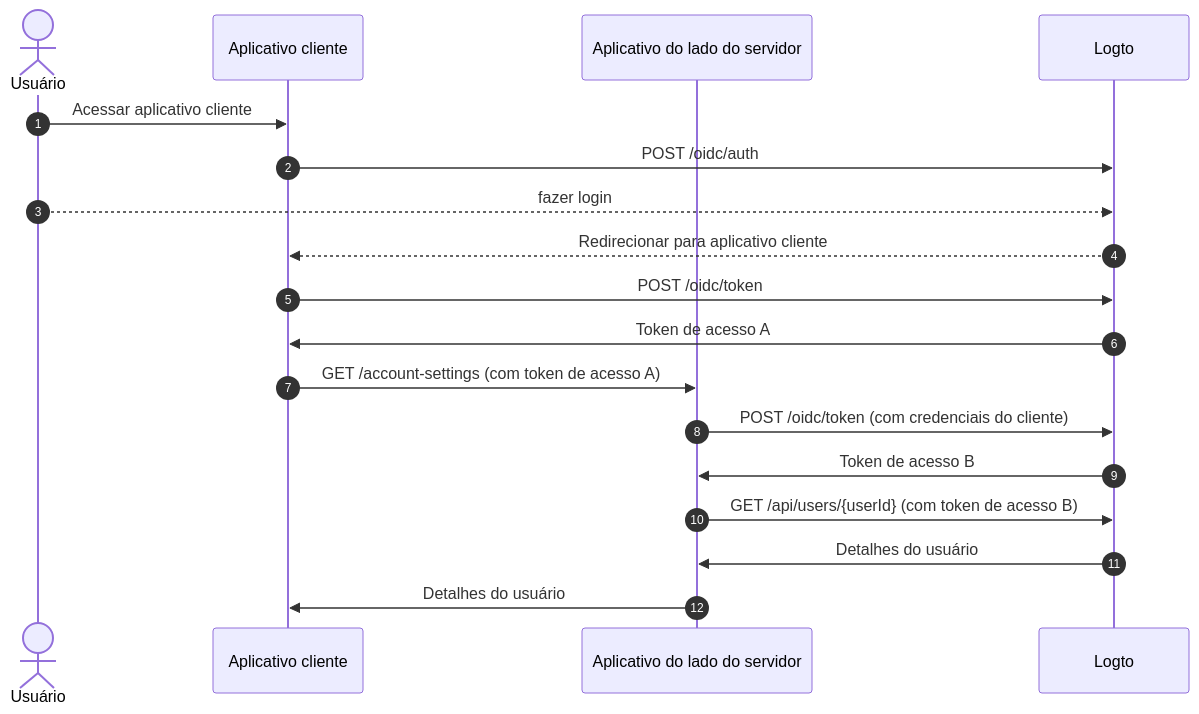
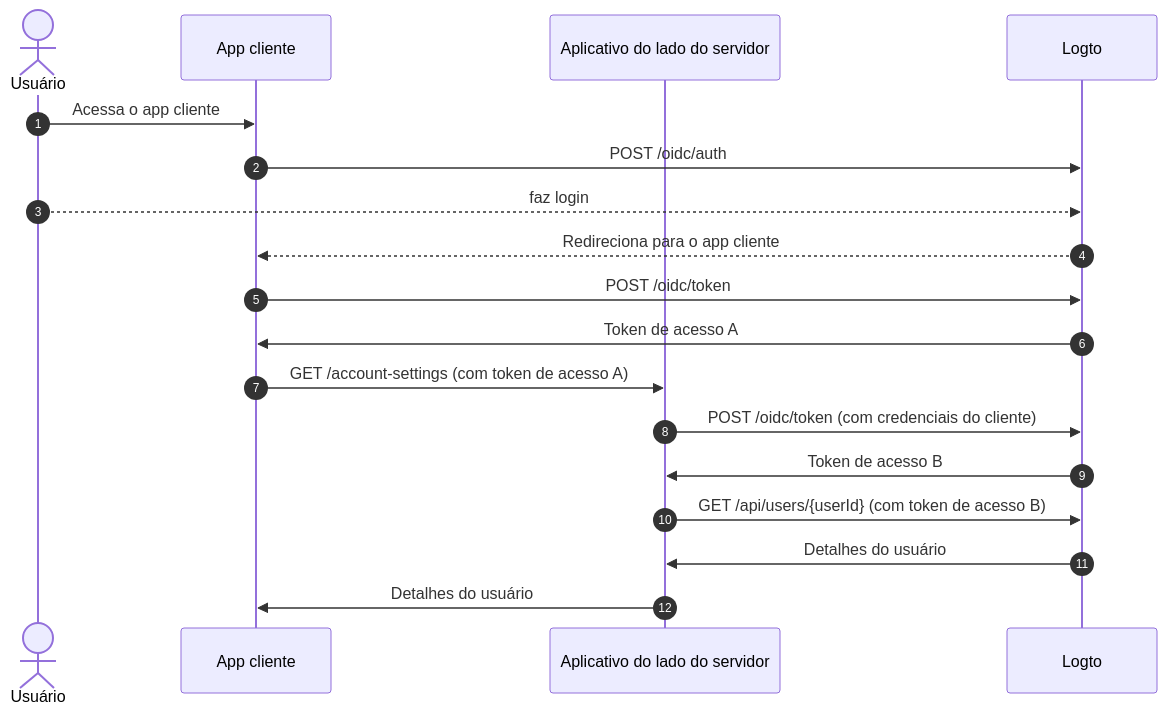
The second of 3 diagrams in i18n/pt-BR/docusaurus-plugin-content-docs/current/end-user-flows/account-settings/by-management-api.mdx (logto-io/docs), drawn with Mermaid before and after one commit. The commit also changed other lines of this file and 80 other files, not shown here.

````diff
--- a/i18n/pt-BR/docusaurus-plugin-content-docs/current/end-user-flows/account-settings/by-management-api.mdx
+++ b/i18n/pt-BR/docusaurus-plugin-content-docs/current/end-user-flows/account-settings/by-management-api.mdx
@@ -27,21 +27,21 @@
 ```mermaid
   sequenceDiagram
     autonumber
     actor User as Usuário
-    participant Client as Aplicativo cliente
+    participant Client as App cliente
     participant Server as Aplicativo do lado do servidor
     participant Logto as Logto
 
-    User ->> Client: Acessar aplicativo cliente
+    User ->> Client: Acessa o app cliente
     Client ->> Logto: POST /oidc/auth
-    User -->> Logto: fazer login
-    Logto -->> Client: Redirecionar para aplicativo cliente
+    User -->> Logto: faz login
+    Logto -->> Client: Redireciona para o app cliente
     Client ->> Logto: POST /oidc/token
     Logto ->> Client: Token de acesso A
     Client ->> Server: GET /account-settings (com token de acesso A)
     Server ->> Logto: POST /oidc/token (com credenciais do cliente)
     Logto ->> Server: Token de acesso B
     Server ->> Logto: GET /api/users/{userId} (com token de acesso B)
     Logto ->> Server: Detalhes do usuário
     Server ->> Client: Detalhes do usuário
 ```
````
